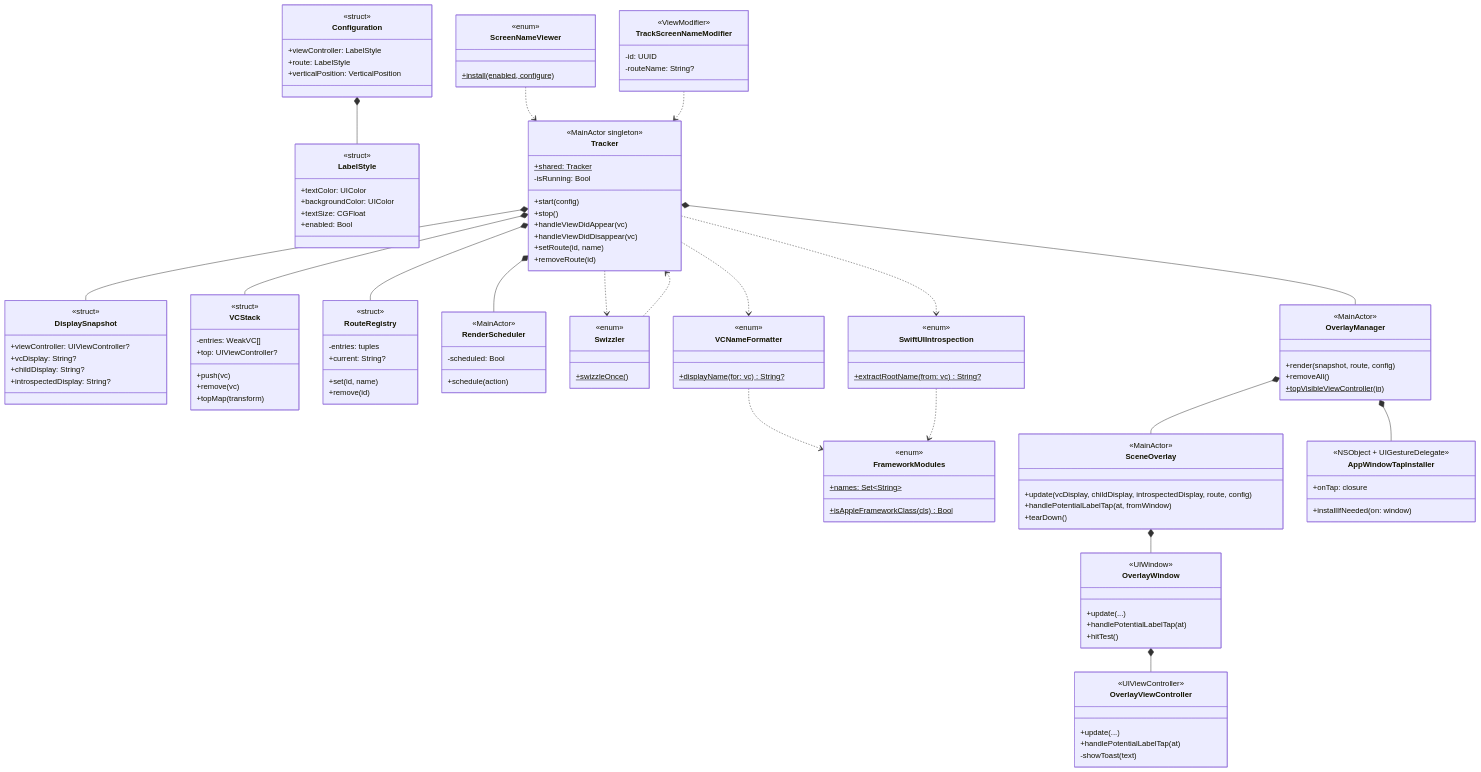
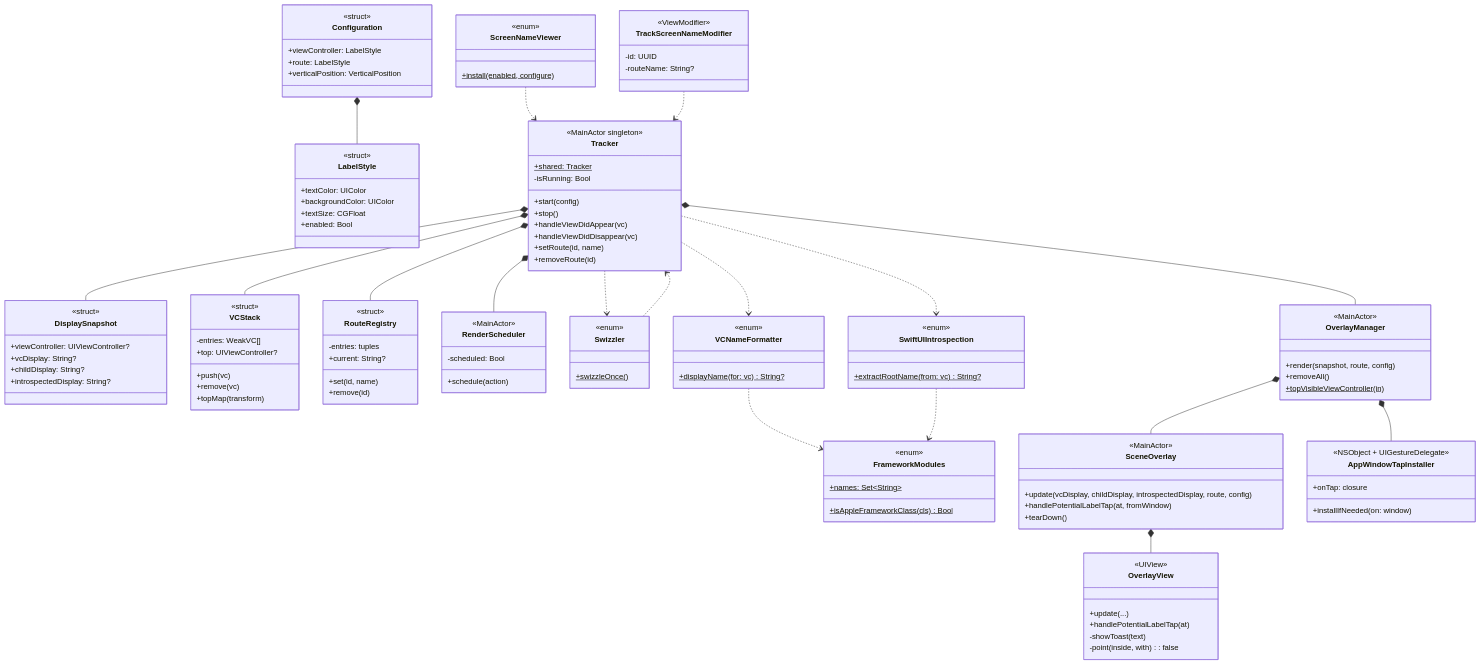
Before and after one commit to DongLab-DevTools/ScreenNameViewer-For-iOS: the diagram in README.md, drawn with Mermaid. The commit also changed 8 other files, not shown here.

````diff
--- a/README.md
+++ b/README.md
@@ -363,18 +363,12 @@
         +tearDown()
     }
 
-    class OverlayWindow {
-        <<UIWindow>>
-        +update(...)
-        +handlePotentialLabelTap(at)
-        +hitTest()
-    }
-
-    class OverlayViewController {
-        <<UIViewController>>
+    class OverlayView {
+        <<UIView>>
         +update(...)
         +handlePotentialLabelTap(at)
         -showToast(text)
+        -point(inside, with): false
     }
 
     class AppWindowTapInstaller {
@@ -405,7 +399,5 @@
     OverlayManager *-- SceneOverlay
     OverlayManager *-- AppWindowTapInstaller
 
-    SceneOverlay *-- OverlayWindow
-
-    OverlayWindow *-- OverlayViewController
+    SceneOverlay *-- OverlayView
 ```
````
